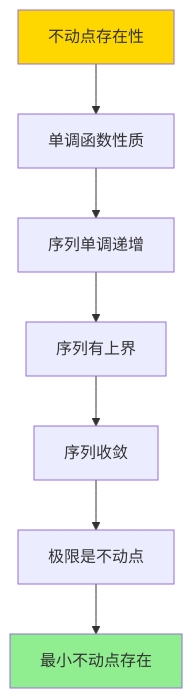
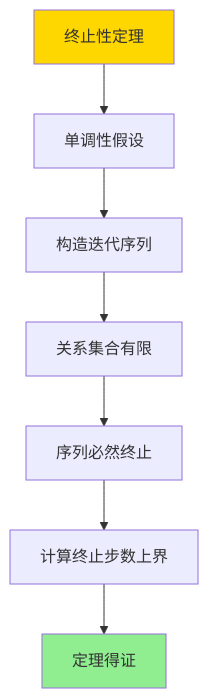
The sixth of 6 diagrams in PostgreSQL/10-理论基础/08-查询语言与语义/08.08-CTE与递归查询-关系代数不动点语义.md (AdaMartin18010/PostgreSQL_modern), drawn with Mermaid before and after one commit. The commit also changed other lines of this file and 80 other files, not shown here.

````diff
--- a/PostgreSQL/10-理论基础/08-查询语言与语义/08.08-CTE与递归查询-关系代数不动点语义.md
+++ b/PostgreSQL/10-理论基础/08-查询语言与语义/08.08-CTE与递归查询-关系代数不动点语义.md
@@ -254,12 +394,12 @@
 ```mermaid
 graph TD
-    A[不动点存在性] --> B[单调函数性质]
-    B --> C[序列单调递增]
-    C --> D[序列有上界]
-    D --> E[序列收敛]
-    E --> F[极限是不动点]
-    F --> G[最小不动点存在]
+    A[终止性定理] --> B[单调性假设]
+    B --> C[构造迭代序列]
+    C --> D[关系集合有限]
+    D --> E[序列必然终止]
+    E --> F[计算终止步数上界]
+    F --> G[定理得证]
 
     style A fill:#FFD700
     style G fill:#90EE90
 ```
````
